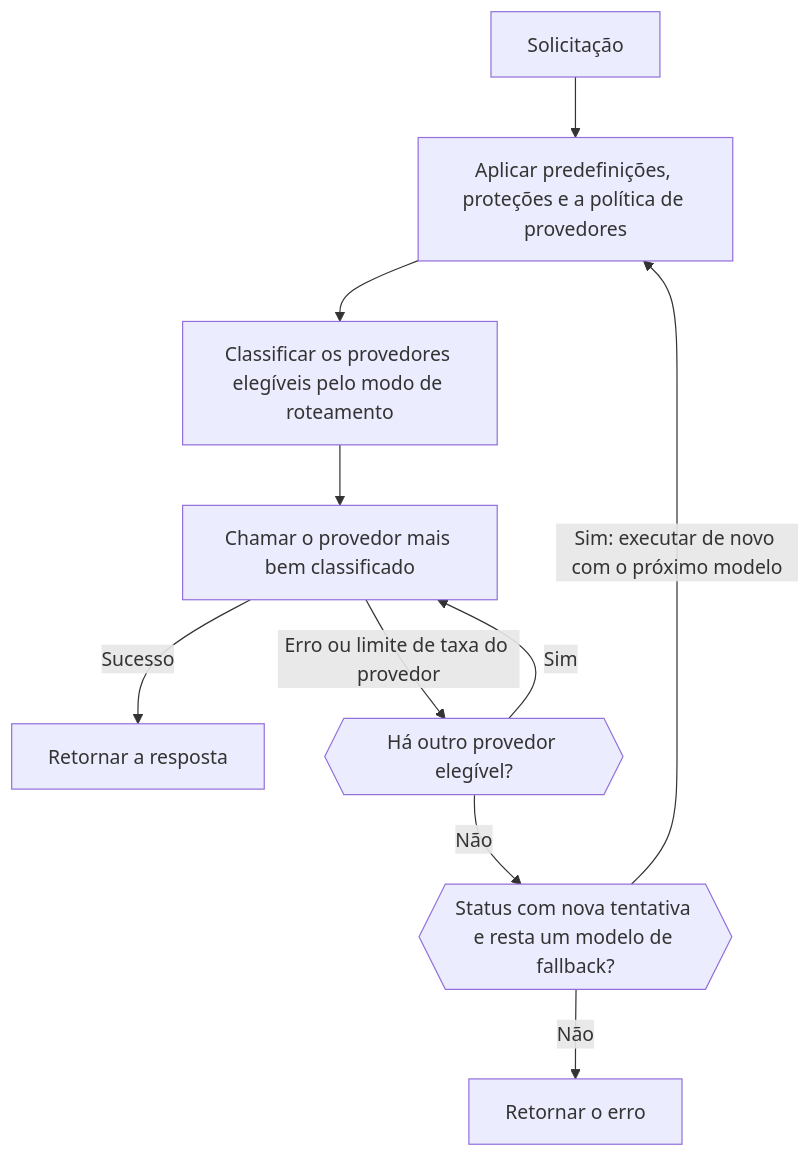
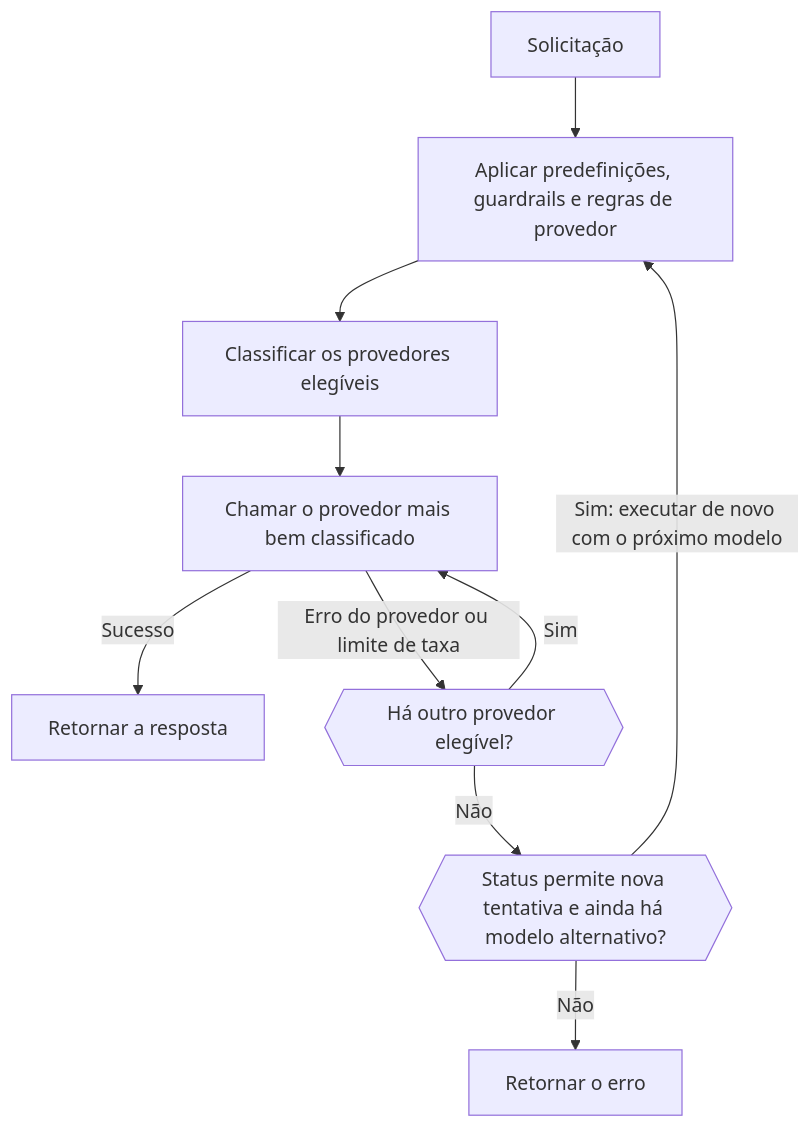
The diagram in apps/docs/pt-BR/v1/guides/routing-and-fallbacks.mdx (phaseoteam/Phaseo), drawn with Mermaid before and after one commit. The commit also changed other lines of this file and 3793 other files, not shown here.

````diff
--- a/apps/docs/pt-BR/v1/guides/routing-and-fallbacks.mdx
+++ b/apps/docs/pt-BR/v1/guides/routing-and-fallbacks.mdx
@@ -236,12 +12,12 @@
 ```mermaid
 flowchart TD
-  req["Solicitação"] --> pol["Aplicar predefinições, proteções e a política de provedores"]
-  pol --> rnk["Classificar os provedores elegíveis pelo modo de roteamento"]
+  req["Solicitação"] --> pol["Aplicar predefinições, guardrails e regras de provedor"]
+  pol --> rnk["Classificar os provedores elegíveis"]
   rnk --> prov["Chamar o provedor mais bem classificado"]
   prov -->|"Sucesso"| resp["Retornar a resposta"]
-  prov -->|"Erro ou limite de taxa do provedor"| nextProv{{"Há outro provedor elegível?"}}
+  prov -->|"Erro do provedor ou limite de taxa"| nextProv{{"Há outro provedor elegível?"}}
   nextProv -->|"Sim"| prov
-  nextProv -->|"Não"| fallbackCheck{{"Status com nova tentativa e resta um modelo de fallback?"}}
+  nextProv -->|"Não"| fallbackCheck{{"Status permite nova tentativa e ainda há modelo alternativo?"}}
   fallbackCheck -->|"Sim: executar de novo com o próximo modelo"| pol
   fallbackCheck -->|"Não"| err["Retornar o erro"]
 ```
````
